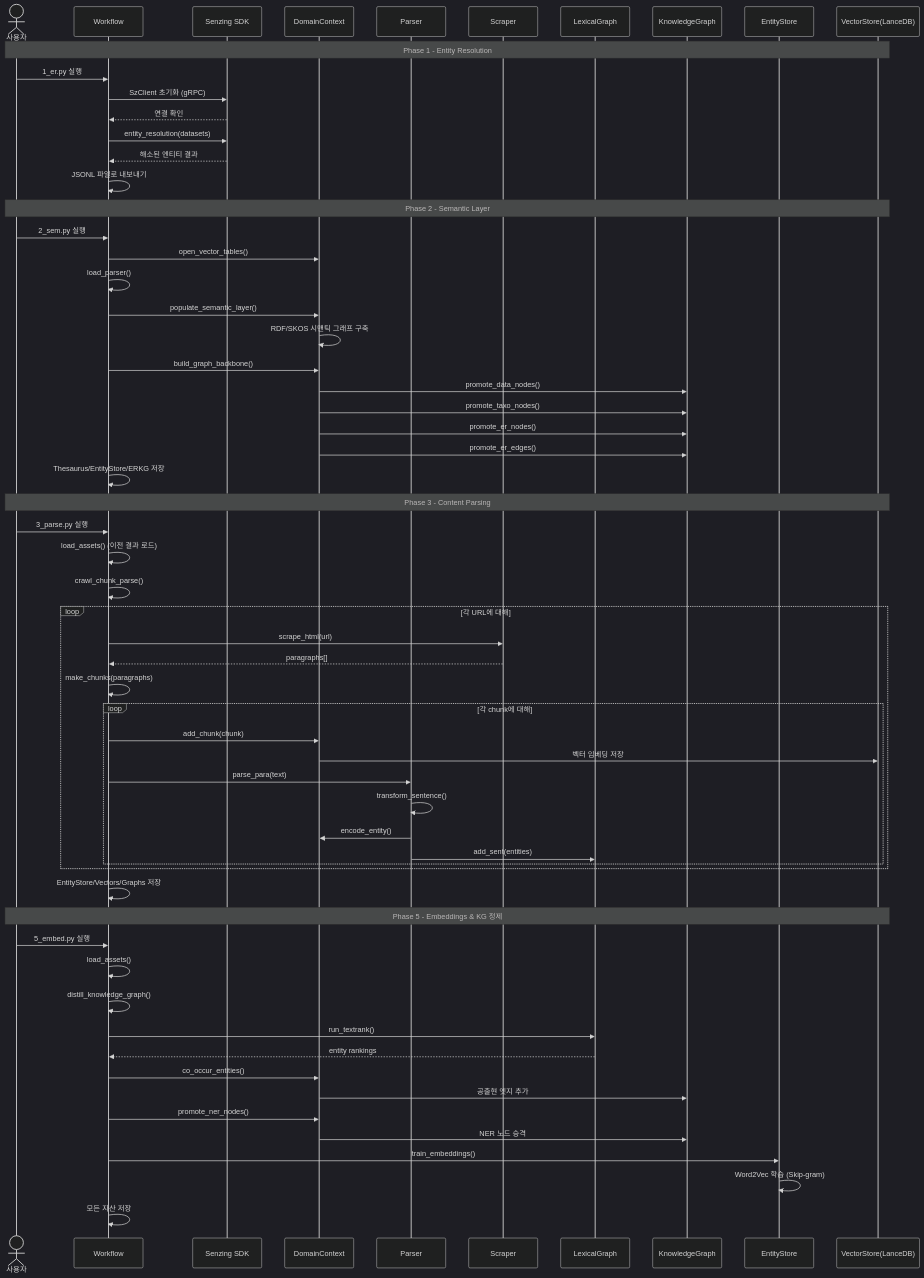
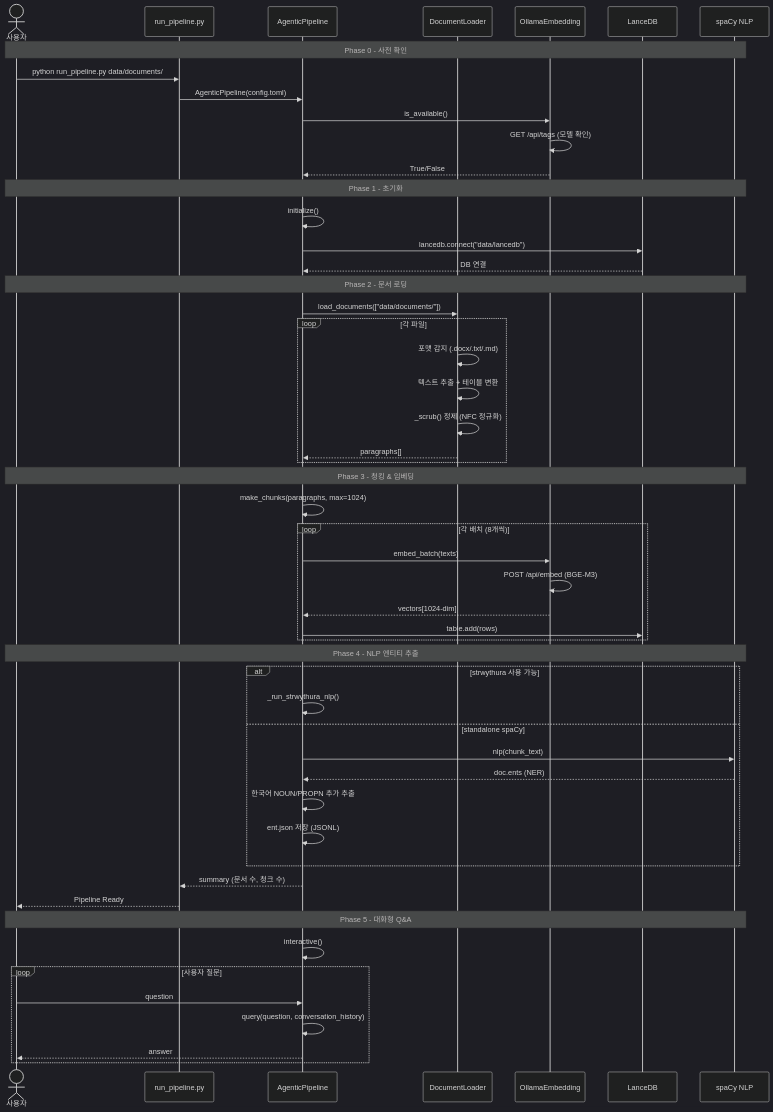
One commit to laurus-kpa007/GraphRAG-Senzing changed the fourth of 10 diagrams in docs/02_block_and_sequence_diagrams.md. Above: the diagram before and after it, drawn with Mermaid (dark theme). The commit also changed other lines of this file and 4 other files, not shown here.

````diff
--- a/docs/02_block_and_sequence_diagrams.md
+++ b/docs/02_block_and_sequence_diagrams.md
@@ -163,67 +148,61 @@
 ```mermaid
 sequenceDiagram
     actor User as 사용자
-    participant WF as Workflow
-    participant SZ as Senzing SDK
-    participant DC as DomainContext
-    participant Parser as Parser
-    participant Scraper as Scraper
-    participant LG as LexicalGraph
-    participant KG as KnowledgeGraph
-    participant ES as EntityStore
-    participant VS as VectorStore(LanceDB)
+    participant CLI as run_pipeline.py
+    participant AP as AgenticPipeline
+    participant DL as DocumentLoader
+    participant OE as OllamaEmbedding
+    participant LDB as LanceDB
+    participant NLP as spaCy NLP
 
-    Note over User,VS: Phase 1 - Entity Resolution
-    User->>WF: 1_er.py 실행
-    WF->>SZ: SzClient 초기화 (gRPC)
-    SZ-->>WF: 연결 확인
-    WF->>SZ: entity_resolution(datasets)
-    SZ-->>WF: 해소된 엔티티 결과
-    WF->>WF: JSONL 파일로 내보내기
+    Note over User,NLP: Phase 0 - 사전 확인
+    User->>CLI: python run_pipeline.py data/documents/
+    CLI->>AP: AgenticPipeline(config.toml)
+    AP->>OE: is_available()
+    OE->>OE: GET /api/tags (모델 확인)
+    OE-->>AP: True/False
 
-    Note over User,VS: Phase 2 - Semantic Layer
-    User->>WF: 2_sem.py 실행
-    WF->>DC: open_vector_tables()
-    WF->>WF: load_parser()
-    WF->>DC: populate_semantic_layer()
-    DC->>DC: RDF/SKOS 시맨틱 그래프 구축
-    WF->>DC: build_graph_backbone()
-    DC->>KG: promote_data_nodes()
-    DC->>KG: promote_taxo_nodes()
-    DC->>KG: promote_er_nodes()
-    DC->>KG: promote_er_edges()
-    WF->>WF: Thesaurus/EntityStore/ERKG 저장
+    Note over User,NLP: Phase 1 - 초기화
+    AP->>AP: initialize()
+    AP->>LDB: lancedb.connect("data/lancedb")
+    LDB-->>AP: DB 연결
 
-    Note over User,VS: Phase 3 - Content Parsing
-    User->>WF: 3_parse.py 실행
-    WF->>WF: load_assets() (이전 결과 로드)
-    WF->>WF: crawl_chunk_parse()
-    loop 각 URL에 대해
-        WF->>Scraper: scrape_html(url)
-        Scraper-->>WF: paragraphs[]
-        WF->>WF: make_chunks(paragraphs)
-        loop 각 chunk에 대해
-            WF->>DC: add_chunk(chunk)
-            DC->>VS: 벡터 임베딩 저장
-            WF->>Parser: parse_para(text)
-            Parser->>Parser: transform_sentence()
-            Parser->>DC: encode_entity()
-            Parser->>LG: add_sent(entities)
-        end
+    Note over User,NLP: Phase 2 - 문서 로딩
+    AP->>DL: load_documents(["data/documents/"])
+    loop 각 파일
+        DL->>DL: 포맷 감지 (.docx/.txt/.md)
+        DL->>DL: 텍스트 추출 + 테이블 변환
+        DL->>DL: _scrub() 정제 (NFC 정규화)
+        DL-->>AP: paragraphs[]
     end
-    WF->>WF: EntityStore/Vectors/Graphs 저장
 
-    Note over User,VS: Phase 5 - Embeddings & KG 정제
-    User->>WF: 5_embed.py 실행
-    WF->>WF: load_assets()
-    WF->>WF: distill_knowledge_graph()
-    WF->>LG: run_textrank()
-    LG-->>WF: entity rankings
-    WF->>DC: co_occur_entities()
-    DC->>KG: 공출현 엣지 추가
-    WF->>DC: promote_ner_nodes()
-    DC->>KG: NER 노드 승격
-    WF->>ES: train_embeddings()
-    ES->>ES: Word2Vec 학습 (Skip-gram)
-    WF->>WF: 모든 자산 저장
+    Note over User,NLP: Phase 3 - 청킹 & 임베딩
+    AP->>AP: make_chunks(paragraphs, max=1024)
+    loop 각 배치 (8개씩)
+        AP->>OE: embed_batch(texts)
+        OE->>OE: POST /api/embed (BGE-M3)
+        OE-->>AP: vectors[1024-dim]
+        AP->>LDB: table.add(rows)
+    end
+
+    Note over User,NLP: Phase 4 - NLP 엔티티 추출
+    alt strwythura 사용 가능
+        AP->>AP: _run_strwythura_nlp()
+    else standalone spaCy
+        AP->>NLP: nlp(chunk_text)
+        NLP-->>AP: doc.ents (NER)
+        AP->>AP: 한국어 NOUN/PROPN 추가 추출
+        AP->>AP: ent.json 저장 (JSONL)
+    end
+
+    AP-->>CLI: summary (문서 수, 청크 수)
+    CLI-->>User: Pipeline Ready
+
+    Note over User,NLP: Phase 5 - 대화형 Q&A
+    AP->>AP: interactive()
+    loop 사용자 질문
+        User->>AP: question
+        AP->>AP: query(question, conversation_history)
+        AP-->>User: answer
+    end
 ```
````
